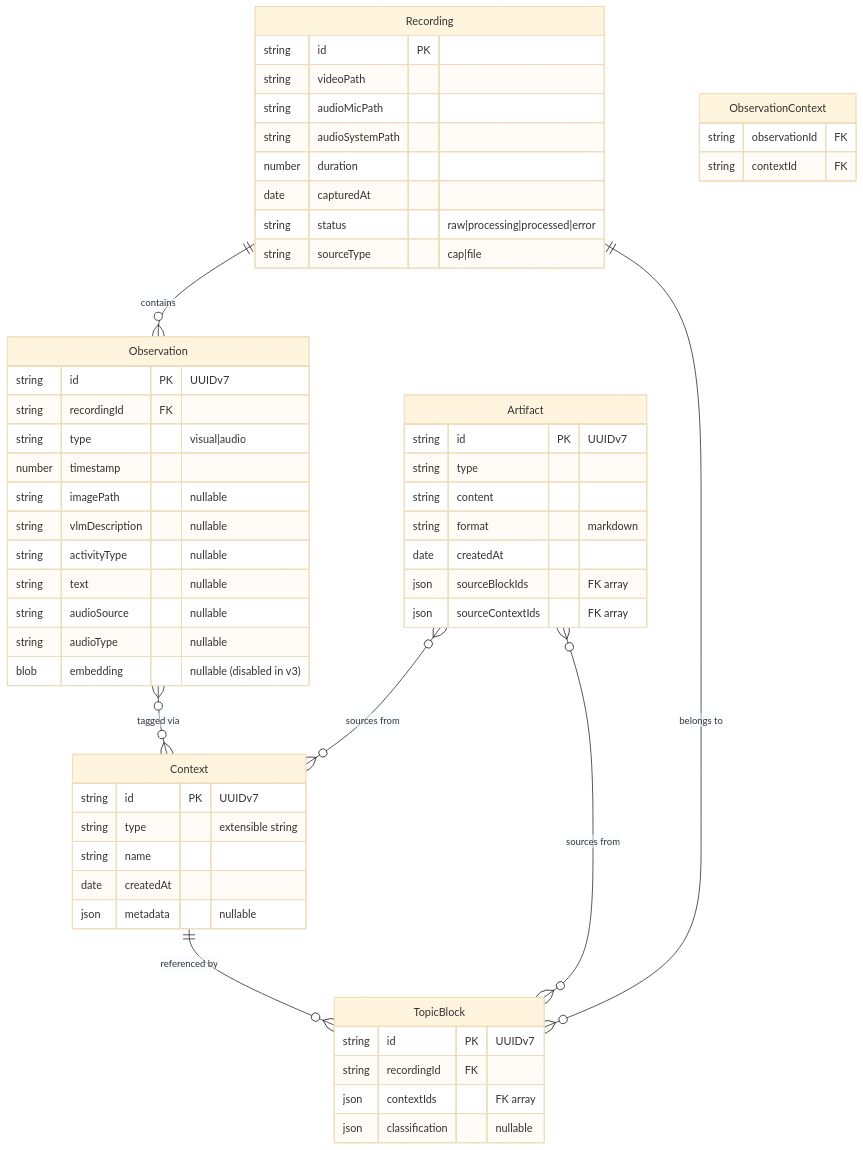
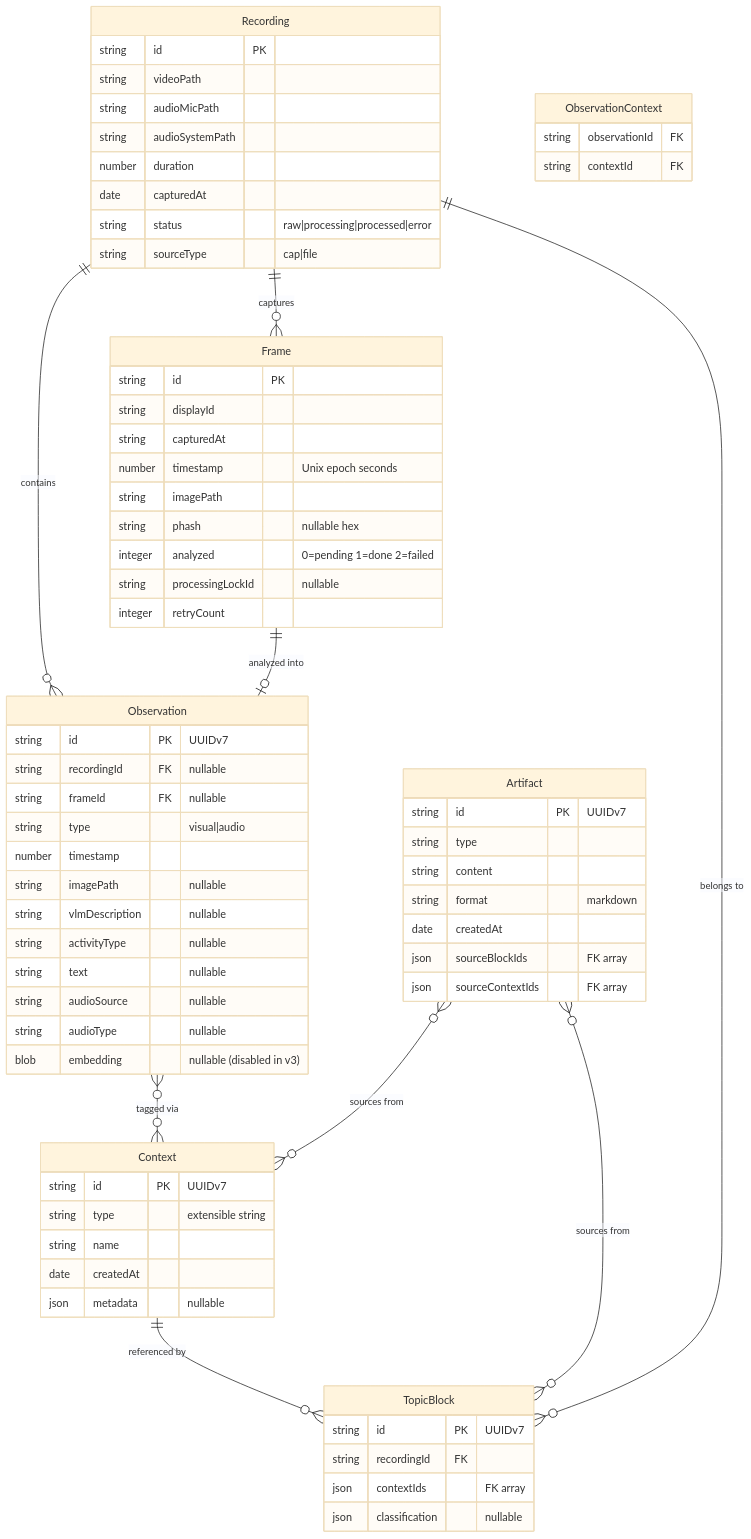
One commit to eduardosanzb/escribano changed the diagram in docs/architecture.md. Above: the diagram before and after it, drawn with Mermaid (base theme). The commit also changed other lines of this file and 8 other files, not shown here.

First line of the commit message:
docs: update architecture for ADR-010 (Swift-native VLM analyzer)

````diff
--- a/docs/architecture.md
+++ b/docs/architecture.md
@@ -57,64 +74,79 @@
 ```mermaid
 erDiagram
     Recording ||--o{ Observation : contains
+    Recording ||--o{ Frame : "captures"
+    Frame ||--o| Observation : "analyzed into"
     Observation }o--o{ Context : "tagged via"
     Context ||--o{ TopicBlock : "referenced by"
     TopicBlock }o--|| Recording : "belongs to"
     Artifact }o--o{ TopicBlock : "sources from"
     Artifact }o--o{ Context : "sources from"
 
     Recording {
         string id PK
         string videoPath
         string audioMicPath
         string audioSystemPath
         number duration
         date capturedAt
         string status "raw|processing|processed|error"
         string sourceType "cap|file"
     }
 
+    Frame {
+        string id PK
+        string displayId
+        string capturedAt
+        number timestamp "Unix epoch seconds"
+        string imagePath
+        string phash "nullable hex"
+        integer analyzed "0=pending 1=done 2=failed"
+        string processingLockId "nullable"
+        integer retryCount
+    }
+
     Observation {
         string id PK "UUIDv7"
-        string recordingId FK
+        string recordingId FK "nullable"
+        string frameId FK "nullable"
         string type "visual|audio"
         number timestamp
         string imagePath "nullable"
         string vlmDescription "nullable"
         string activityType "nullable"
         string text "nullable"
         string audioSource "nullable"
         string audioType "nullable"
         blob embedding "nullable (disabled in v3)"
     }
 
     Context {
         string id PK "UUIDv7"
         string type "extensible string"
         string name
         date createdAt
         json metadata "nullable"
     }
 
     ObservationContext {
         string observationId FK
         string contextId FK
     }
 
     TopicBlock {
         string id PK "UUIDv7"
         string recordingId FK
         json contextIds "FK array"
         json classification "nullable"
     }
 
     Artifact {
         string id PK "UUIDv7"
         string type
         string content
         string format "markdown"
         date createdAt
         json sourceBlockIds "FK array"
         json sourceContextIds "FK array"
     }
 ```
````
